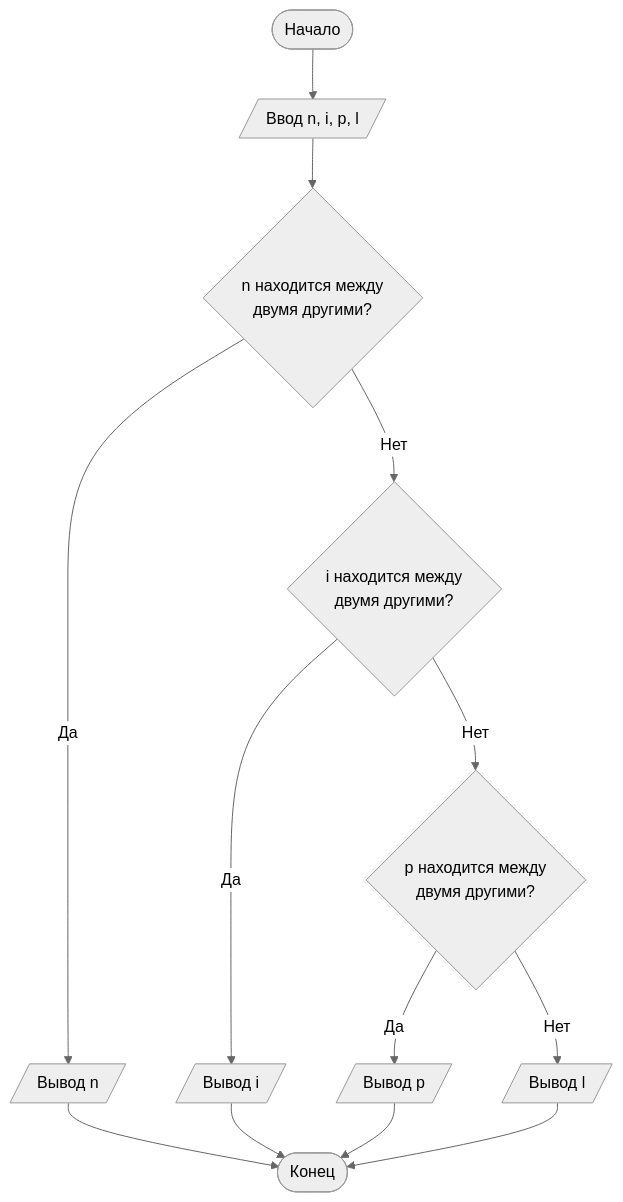
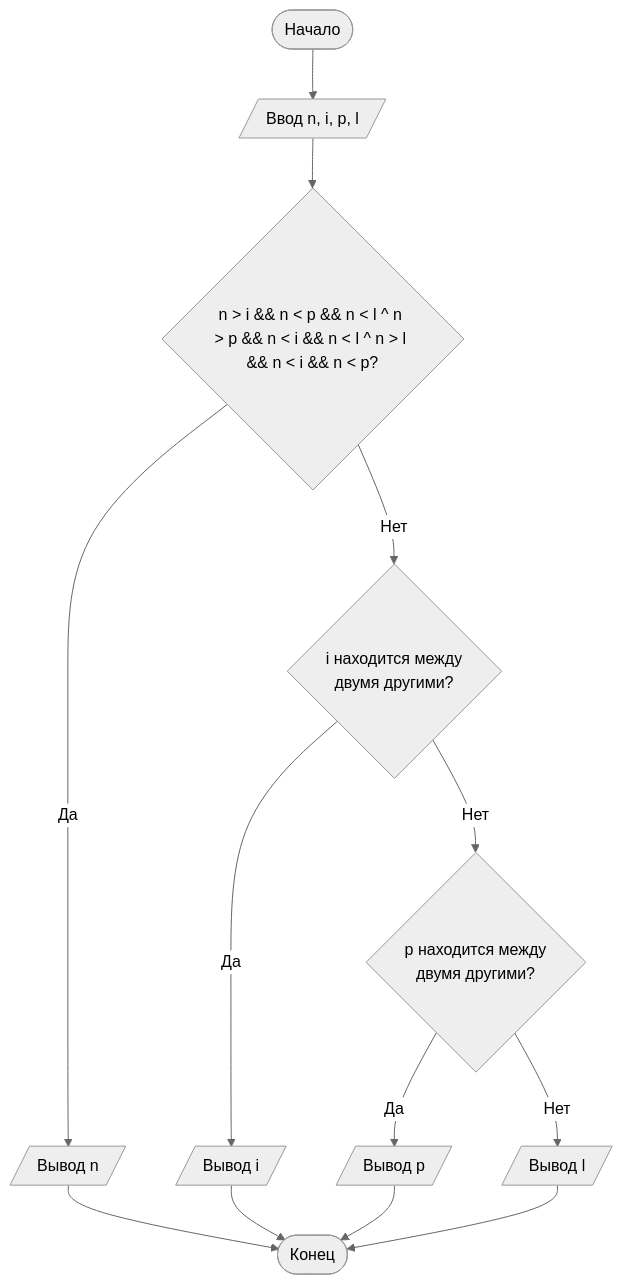
The diagram in README.md (Fipip28/laboratornaya-rabota-1), drawn with Mermaid (neutral theme) before and after one commit.

````diff
--- a/README.md
+++ b/README.md
@@ -110,15 +110,15 @@
 ```mermaid
 graph TD
     A([Начало]) --> B[/Ввод n, i, p, l/]
-    B --> C{n находится между<br/>двумя другими?}
+    B --> C{n > i && n < p && n < l ^ n > p && n < i && n < l ^ n > l && n < i && n < p?}
     C -- Да --> D[/Вывод n/]
     C -- Нет --> E{i находится между<br/>двумя другими?}
     E -- Да --> F[/Вывод i/]
     E -- Нет --> G{p находится между<br/>двумя другими?}
     G -- Да --> H[/Вывод p/]
     G -- Нет --> I[/Вывод l/]
     D --> J([Конец])
     F --> J
     H --> J
     I --> J
 ```
````
